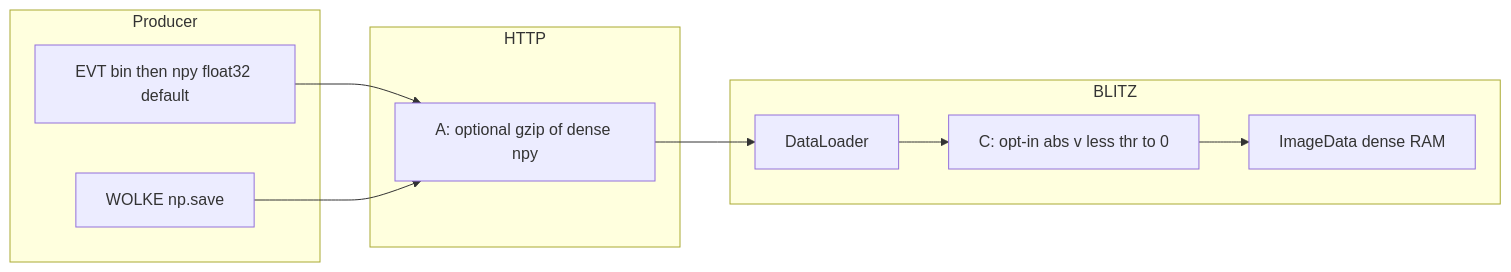
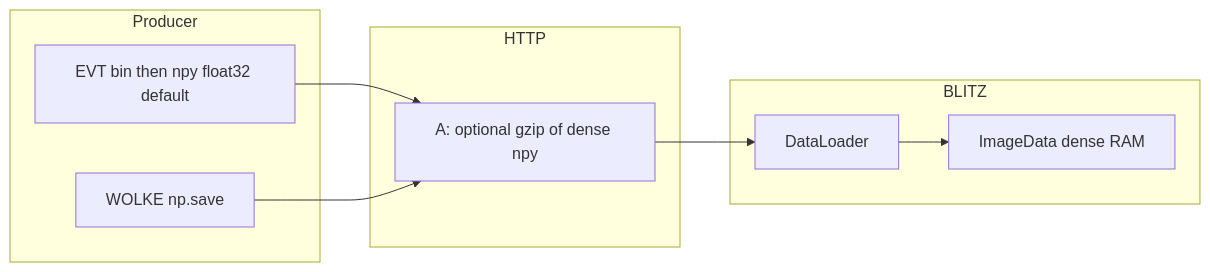
The diagram in docs/architecture.md (PiMaV/BLITZ), drawn with Mermaid before and after one commit. The commit also changed other lines of this file and 13 other files, not shown here.

````diff
--- a/docs/architecture.md
+++ b/docs/architecture.md
@@ -20,20 +19,18 @@
 ```mermaid
 flowchart LR
   subgraph produce [Producer]
     evt["EVT bin then npy float32 default"]
     wolke["WOLKE np.save"]
   end
   subgraph wire [HTTP]
     A["A: optional gzip of dense npy"]
   end
   subgraph blitzLoad [BLITZ]
     dl["DataLoader"]
-    C["C: opt-in abs v less thr to 0"]
     idata["ImageData dense RAM"]
   end
   evt --> A
   wolke --> A
   A --> dl
-  dl --> C
-  C --> idata
+  dl --> idata
 ```
````
